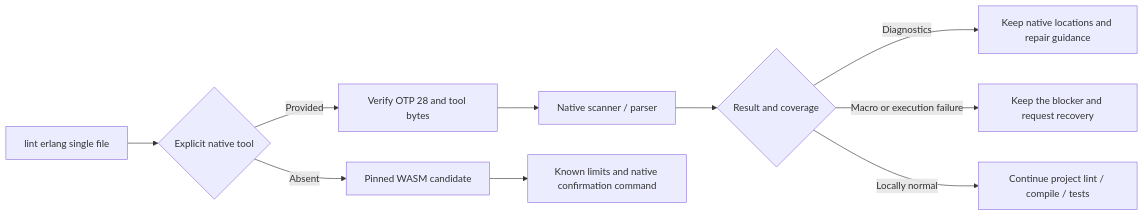
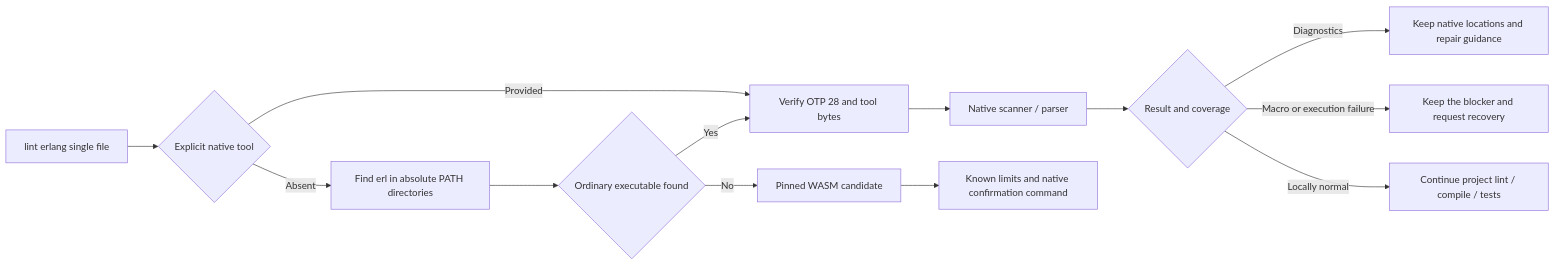
One commit to full-stack-plugins/codeguard changed the sixth of 7 diagrams in docs/Codeguard-Technical-Design.md. Above: the diagram before and after it, drawn with Mermaid. The commit also changed other lines of this file and 23 other files, not shown here.

````diff
--- a/docs/Codeguard-Technical-Design.md
+++ b/docs/Codeguard-Technical-Design.md
@@ -865,12 +865,15 @@
 ```mermaid
 flowchart LR
     A[lint erlang single file] --> B{Explicit native tool}
     B -->|Provided| C[Verify OTP 28 and tool bytes]
     C --> D[Native scanner / parser]
     D --> E{Result and coverage}
     E -->|Diagnostics| F[Keep native locations and repair guidance]
     E -->|Macro or execution failure| G[Keep the blocker and request recovery]
     E -->|Locally normal| H[Continue project lint / compile / tests]
-    B -->|Absent| I[Pinned WASM candidate]
+    B -->|Absent| P[Find erl in absolute PATH directories]
+    P --> Q{Ordinary executable found}
+    Q -->|Yes| C
+    Q -->|No| I[Pinned WASM candidate]
     I --> J[Known limits and native confirmation command]
 ```
````
